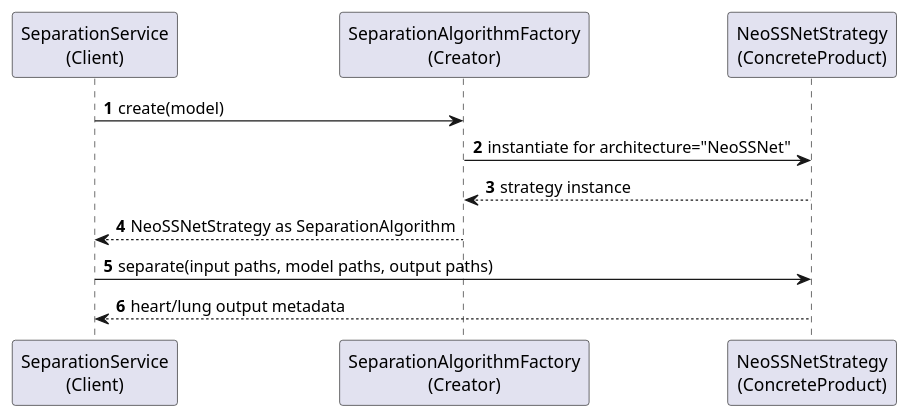
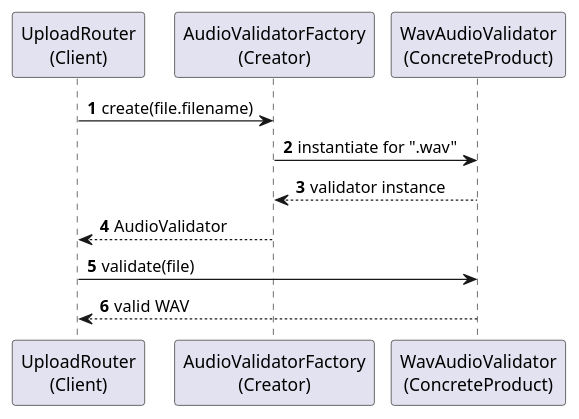
Before and after one commit to ASHRAF-2004/Machine-Learning-Based-System-for-Cardiopulmonary-Sound-Separation: the diagram in docs/software_design_report/diagrams/puml/factory_method_sequence.puml, drawn with PlantUML. The commit also changed 35 other files, not shown here.

```diff
--- a/docs/software_design_report/diagrams/puml/factory_method_sequence.puml
+++ b/docs/software_design_report/diagrams/puml/factory_method_sequence.puml
@@ -1,20 +1,20 @@
 @startuml
 ' Factory Method Pattern sequence diagram.
 ' Suggested LaTeX placement: normal page.
 
 skinparam shadowing false
 autonumber
 
-participant "SeparationService\n(Client)" as Service
-participant "SeparationAlgorithmFactory\n(Creator)" as Factory
-participant "NeoSSNetStrategy\n(ConcreteProduct)" as NeoSSNet
+participant "UploadRouter\n(Client)" as Router
+participant "AudioValidatorFactory\n(Creator)" as Factory
+participant "WavAudioValidator\n(ConcreteProduct)" as Validator
 
-Service -> Factory : create(model)
+Router -> Factory : create(file.filename)
 
-Factory -> NeoSSNet : instantiate for architecture="NeoSSNet"
-NeoSSNet --> Factory : strategy instance
-Factory --> Service : NeoSSNetStrategy as SeparationAlgorithm
-Service -> NeoSSNet : separate(input paths, model paths, output paths)
-NeoSSNet --> Service : heart/lung output metadata
+Factory -> Validator : instantiate for ".wav"
+Validator --> Factory : validator instance
+Factory --> Router : AudioValidator
+Router -> Validator : validate(file)
+Validator --> Router : valid WAV
 
 @enduml
```
